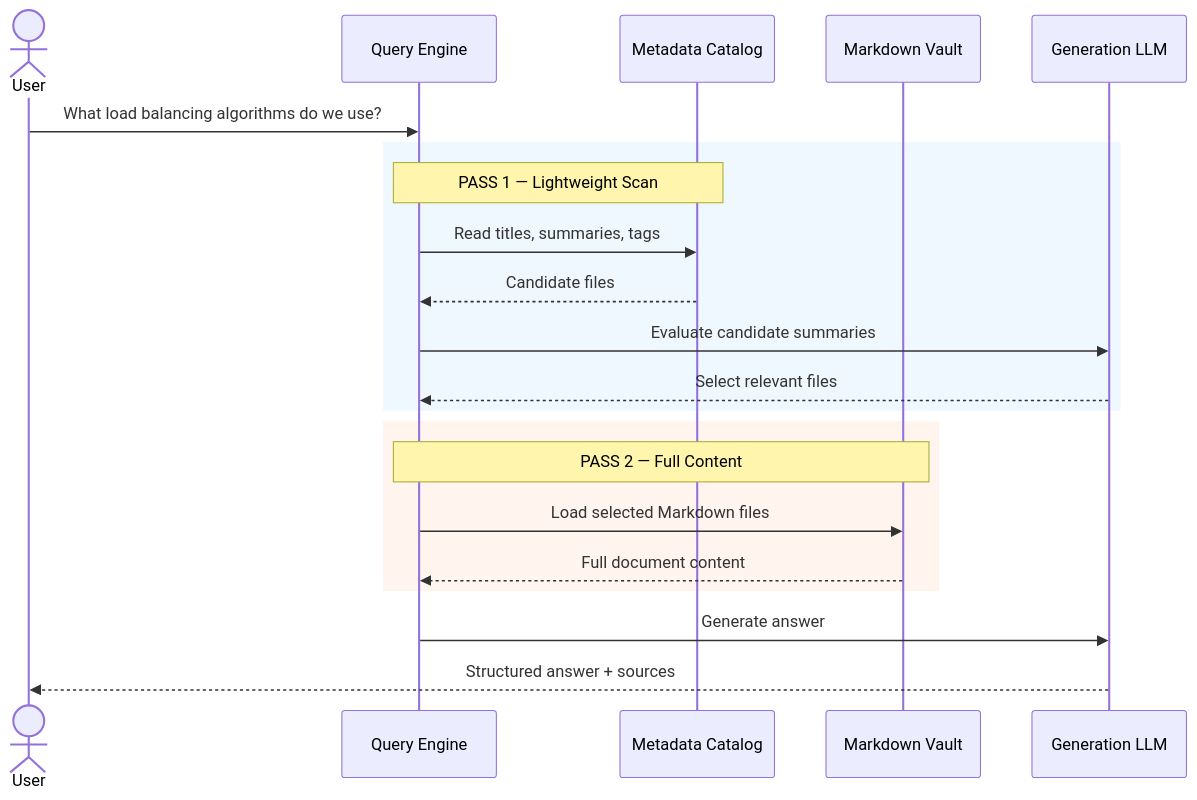
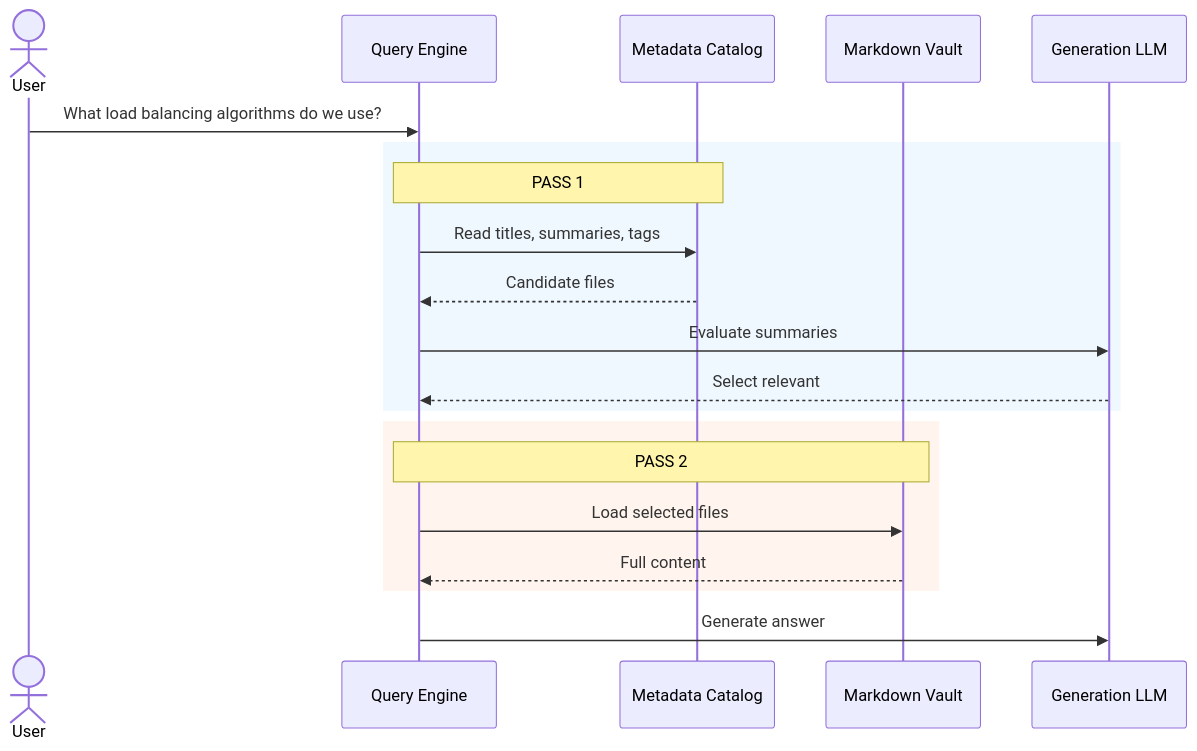
Before and after one commit to Amie-dev/FDE-and-GenAI-Mastery: diagram 11 of 16 in Lecture 18 - Vectorless RAG and LLM Wiki/notes/Lecture_18_Complete_Notes.md, drawn with Mermaid. The commit also changed other lines of this file and 6 other files, not shown here.

````diff
--- a/Lecture 18 - Vectorless RAG and LLM Wiki/notes/Lecture_18_Complete_Notes.md
+++ b/Lecture 18 - Vectorless RAG and LLM Wiki/notes/Lecture_18_Complete_Notes.md
@@ -416,27 +431,22 @@
 ```mermaid
 sequenceDiagram
     actor User
     participant Engine as Query Engine
     participant Catalog as Metadata Catalog
     participant Vault as Markdown Vault
     participant LLM as Generation LLM
-
     User->>Engine: What load balancing algorithms do we use?
-
     rect rgb(240, 248, 255)
-        Note over Engine,Catalog: PASS 1 — Lightweight Scan
+        Note over Engine,Catalog: PASS 1
         Engine->>Catalog: Read titles, summaries, tags
         Catalog-->>Engine: Candidate files
-        Engine->>LLM: Evaluate candidate summaries
-        LLM-->>Engine: Select relevant files
+        Engine->>LLM: Evaluate summaries
+        LLM-->>Engine: Select relevant
     end
-
     rect rgb(255, 245, 238)
-        Note over Engine,Vault: PASS 2 — Full Content
-        Engine->>Vault: Load selected Markdown files
-        Vault-->>Engine: Full document content
+        Note over Engine,Vault: PASS 2
+        Engine->>Vault: Load selected files
+        Vault-->>Engine: Full content
     end
-
     Engine->>LLM: Generate answer
-    LLM-->>User: Structured answer + sources
 ```
````
